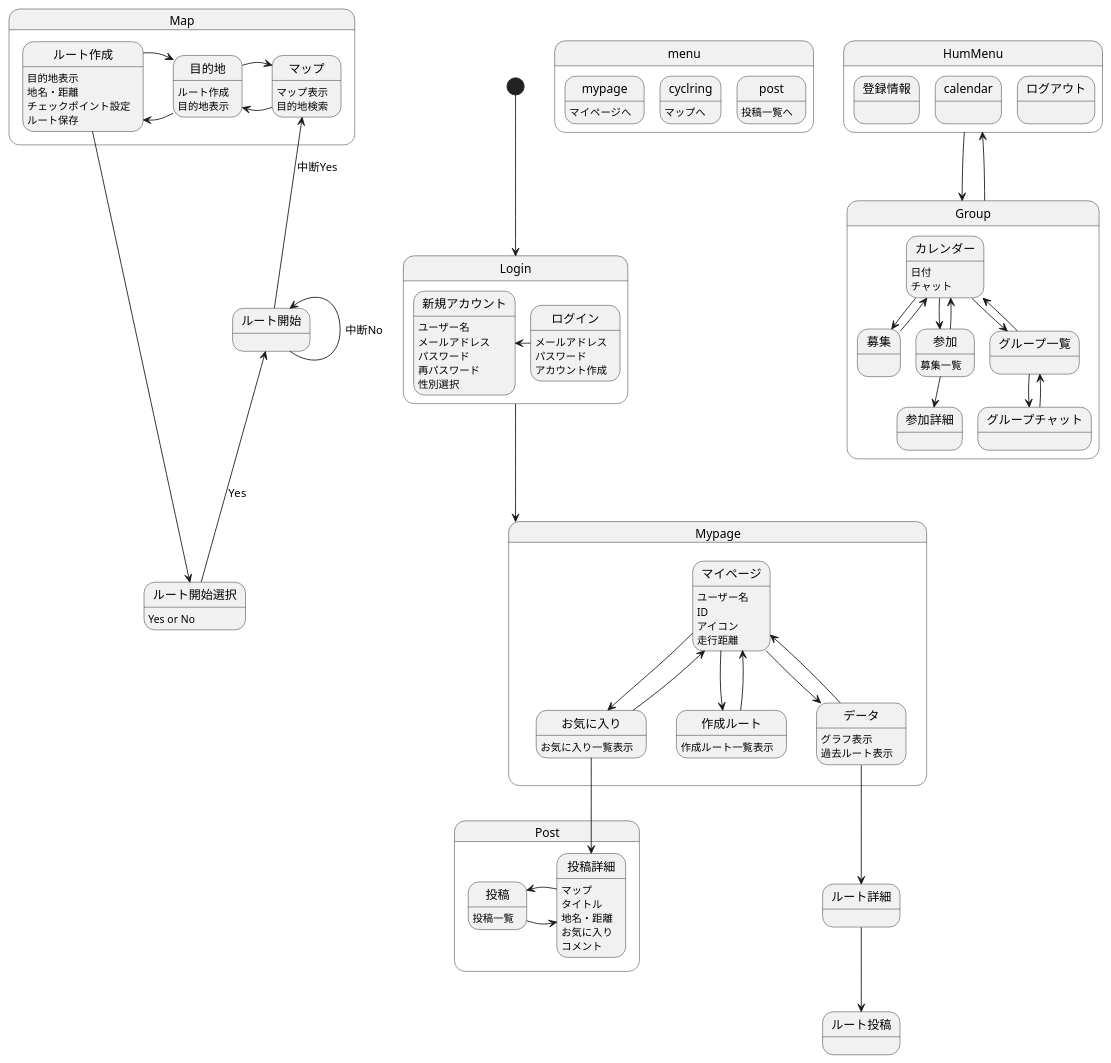
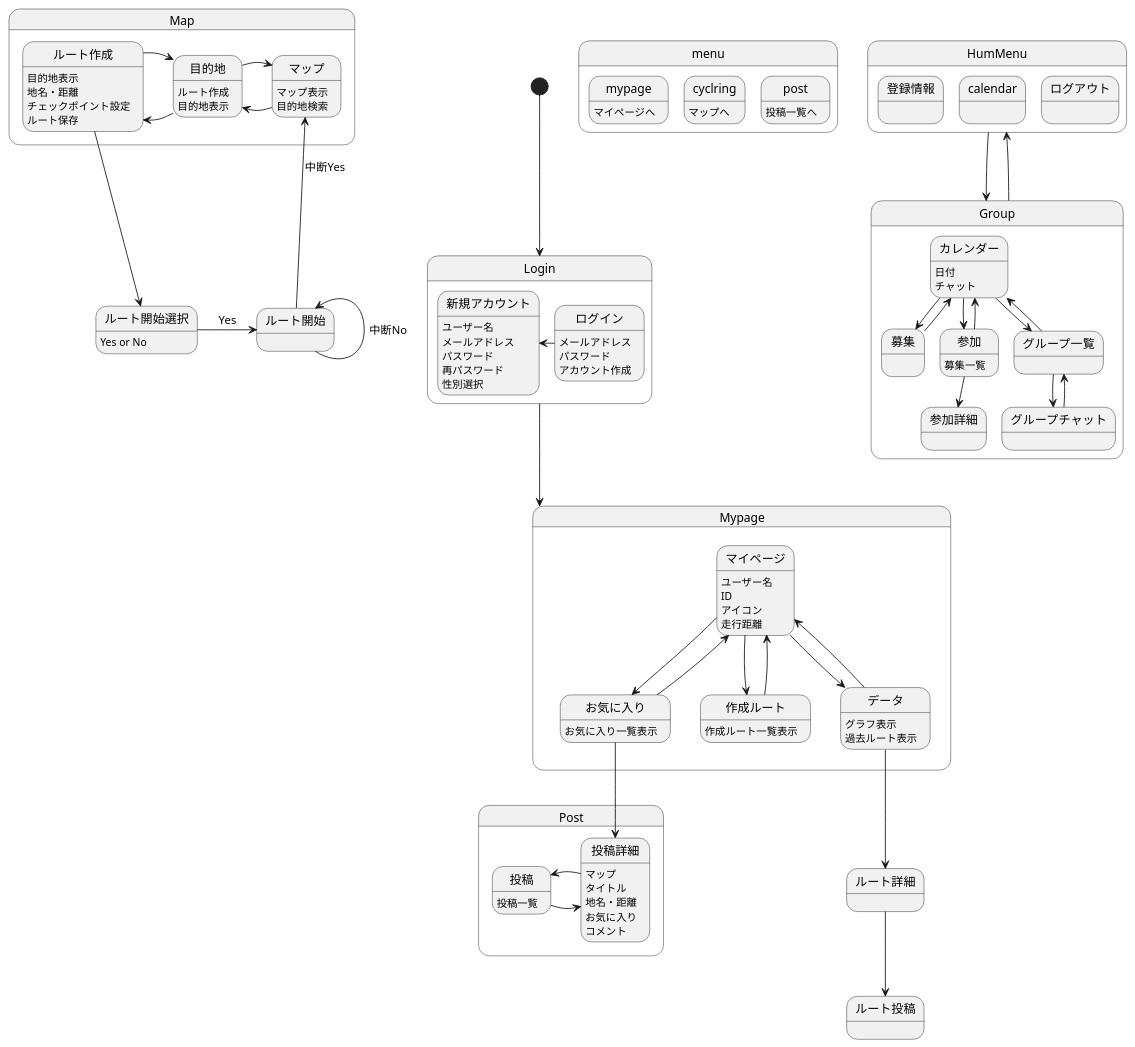
Before and after one commit to AsoSD3A3/CyclingSystem: the diagram in 画面遷移図/gm.md, drawn with PlantUML.

```diff
--- a/画面遷移図/gm.md
+++ b/画面遷移図/gm.md
@@ -84,7 +84,7 @@
 }
 ルート作成-down->ルート開始選択
 ルート開始選択:Yes or No
-ルート開始選択-up->ルート開始 :Yes
+ルート開始選択-right->ルート開始 :Yes
 
 ルート開始-up->ルート開始 :中断No
 ルート開始-up->マップ :中断Yes
```
